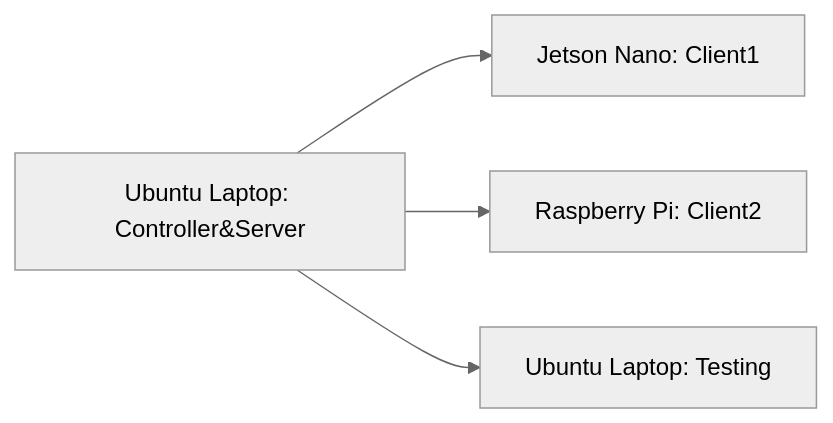
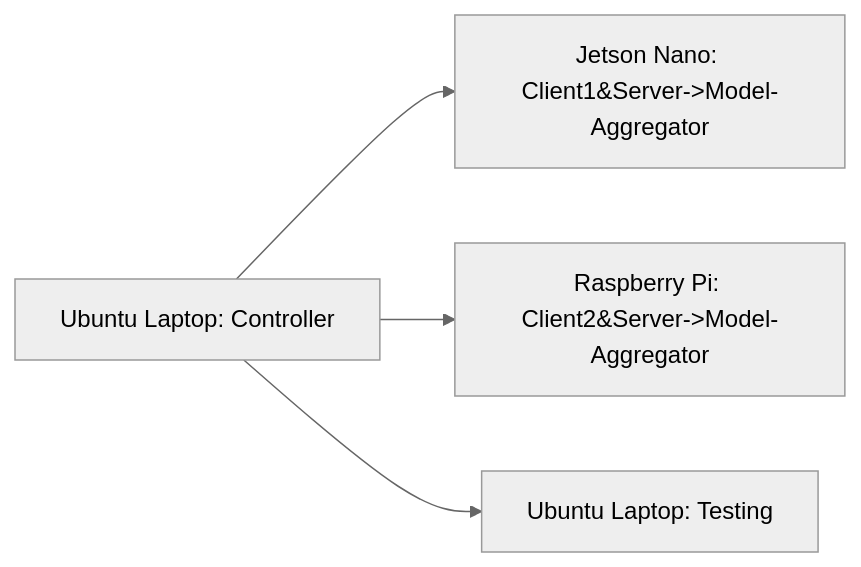
Before and after one commit to MyStarNight/Federated-Learning-Platform: the diagram in README.md, drawn with Mermaid (neutral theme). The commit also changed other lines of this file and 8 other files, not shown here.

````diff
--- a/README.md
+++ b/README.md
@@ -64,7 +61,7 @@
 ```mermaid
 graph LR
 
-A[Ubuntu Laptop: Controller&Server] --> B[Jetson Nano: Client1]
-A --> C[Raspberry Pi: Client2]
+A[Ubuntu Laptop: Controller] --> B[Jetson Nano: Client1&Server->Model-Aggregator]
+A --> C[Raspberry Pi: Client2&Server->Model-Aggregator]
 A --> D[Ubuntu Laptop: Testing]
 ```
````
